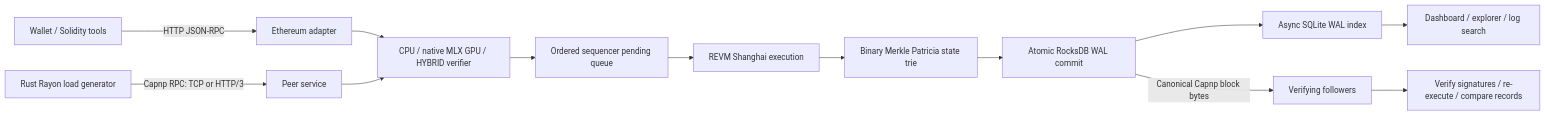
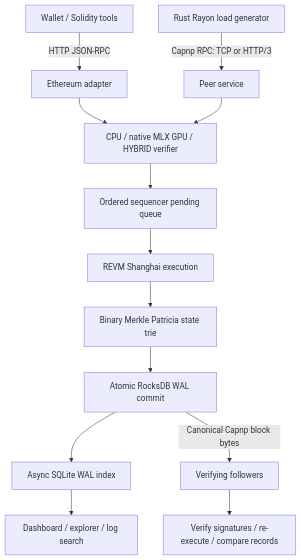
One commit to leejw51/SuperFrontierChain changed the first of 2 diagrams in docs/SPECIFICATION.md. Above: the diagram before and after it, drawn with Mermaid. The commit also changed other lines of this file and 16 other files, not shown here.

Commit message:
Document protocol ports and add offline architecture diagrams

````diff
--- a/docs/SPECIFICATION.md
+++ b/docs/SPECIFICATION.md
@@ -9,15 +12,15 @@
 ```mermaid
-flowchart LR
+flowchart TB
     Wallet[Wallet / Solidity tools] -->|HTTP JSON-RPC| RPC[Ethereum adapter]
     Load[Rust Rayon load generator] -->|Capnp RPC: TCP or HTTP/3| Peer[Peer service]
     RPC --> Verify[CPU / native MLX GPU / HYBRID verifier]
     Peer --> Verify
     Verify --> Queue[Ordered sequencer pending queue]
     Queue --> EVM[REVM Shanghai execution]
     EVM --> Trie[Binary Merkle Patricia state trie]
     Trie --> Commit[Atomic RocksDB WAL commit]
     Commit --> Index[Async SQLite WAL index]
     Index --> UI[Dashboard / explorer / log search]
     Commit -->|Canonical Capnp block bytes| Follower[Verifying followers]
     Follower --> Replay[Verify signatures / re-execute / compare records]
 ```
````
